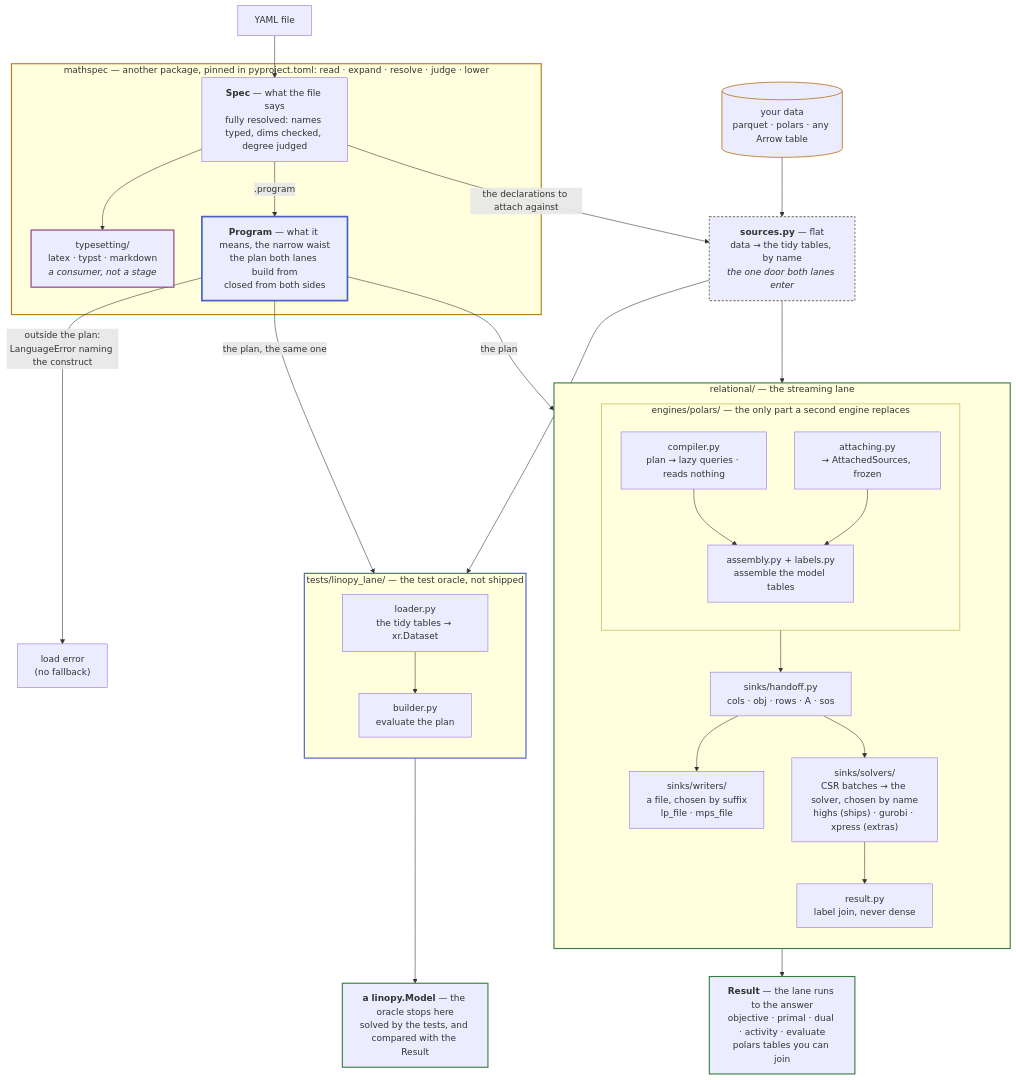
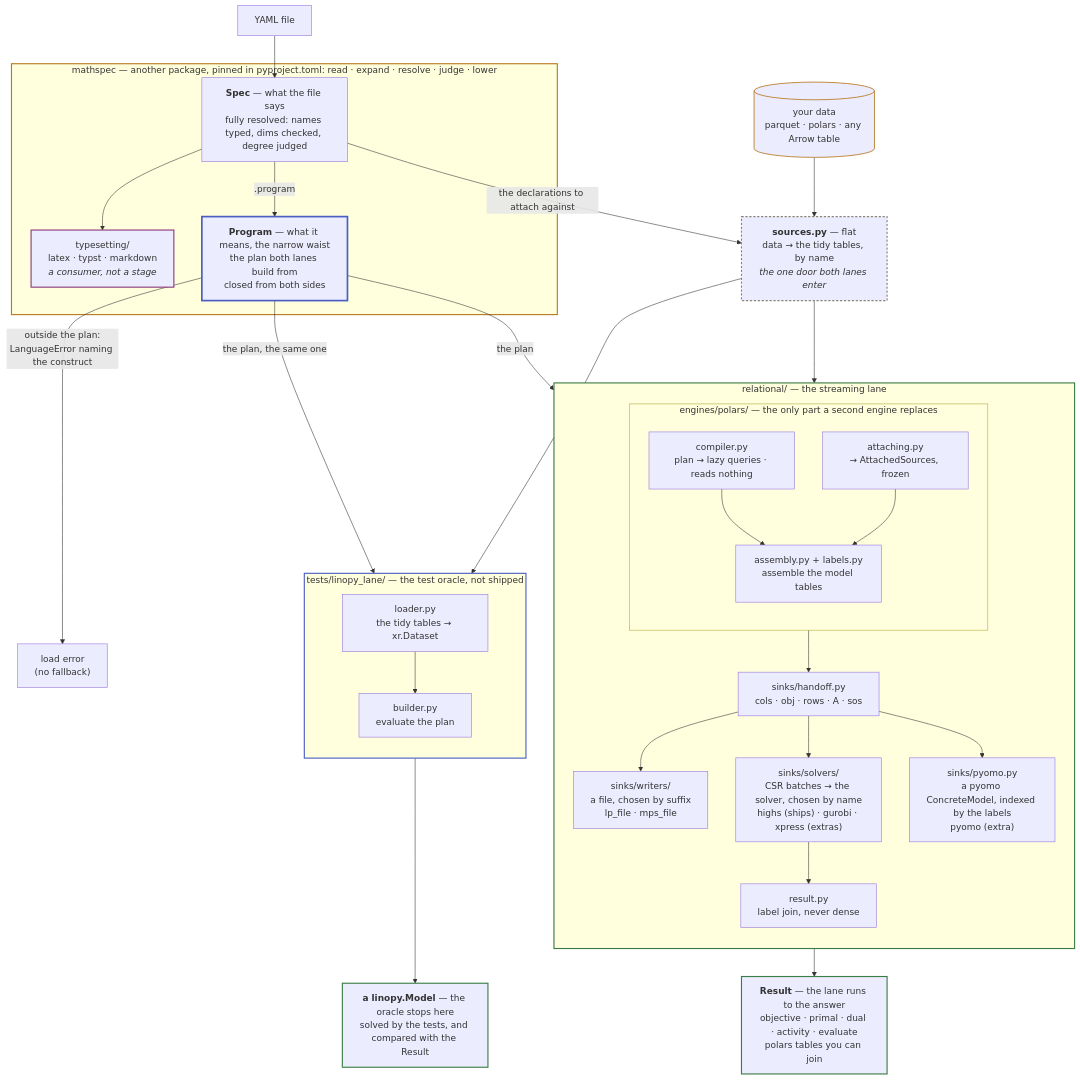
One commit to fluxopt/specsolve changed the first of 2 diagrams in docs/about/architecture.md. Above: the diagram before and after it, drawn with Mermaid. The commit also changed other lines of this file and 12 other files, not shown here.

First line of the commit message:
feat(api): a built model can be handed to pyomo as a ConcreteModel indexed by its labels

````diff
--- a/docs/about/architecture.md
+++ b/docs/about/architecture.md
@@ -60,59 +60,60 @@
 ```mermaid
 flowchart TB
     Y[YAML file] --> SPEC
     DATA[("your data<br/>parquet · polars · any Arrow table")] --> SRC
 
     subgraph MS["mathspec — another package, pinned in pyproject.toml: read · expand · resolve · judge · lower"]
         SPEC["<b>Spec</b> — what the file says<br/>fully resolved: names typed, dims checked, degree judged"]
         SPEC --> TS["typesetting/<br/>latex · typst · markdown<br/><i>a consumer, not a stage</i>"]
         SPEC -->|".program"| PLAN["<b>Program</b> — what it means, the narrow waist<br/>the plan both lanes build from<br/>closed from both sides"]
     end
 
     SPEC -->|"the declarations to attach against"| SRC
     SRC["<b>sources.py</b> — flat<br/>data → the tidy tables, by name<br/><i>the one door both lanes enter</i>"]
 
     PLAN -->|"outside the plan:<br/>LanguageError naming the construct"| ERR["load error<br/>(no fallback)"]
     PLAN -->|"the plan"| COMP
     SRC --> ATTACH
     PLAN -->|"the plan, the same one"| BUILD
     SRC --> LOAD
 
     subgraph REL["relational/ — the streaming lane"]
         direction TB
         subgraph ENG["engines/polars/ — the only part a second engine replaces"]
             direction TB
             COMP["compiler.py<br/>plan → lazy queries · reads nothing"] --> ENGINE
             ATTACH["attaching.py<br/>→ AttachedSources, frozen"] --> ENGINE["assembly.py + labels.py<br/>assemble the model tables"]
         end
         ENG --> TABLES["sinks/handoff.py<br/>cols · obj · rows · A · sos"]
         TABLES --> LPS["sinks/writers/<br/>a file, chosen by suffix<br/>lp_file · mps_file"]
         TABLES --> DIRECT["sinks/solvers/<br/>CSR batches → the solver, chosen by name<br/>highs (ships) · gurobi · xpress (extras)"]
+        TABLES --> PYO["sinks/pyomo.py<br/>a pyomo ConcreteModel, indexed by the labels<br/>pyomo (extra)"]
         DIRECT --> SOL["result.py<br/>label join, never dense"]
     end
 
     SOL --> ANS["<b>Result</b> — the lane runs to the answer<br/>objective · primal · dual · activity · evaluate<br/>polars tables you can join"]
 
     subgraph LIN["tests/linopy_lane/ — the test oracle, not shipped"]
         direction TB
         LOAD["loader.py<br/>the tidy tables → xr.Dataset"] --> BUILD["builder.py<br/>evaluate the plan"]
     end
 
     BUILD --> MODEL["<b>a linopy.Model</b> — the oracle stops here<br/>solved by the tests, and compared with the Result"]
 
     classDef laneL stroke:#b7791f,stroke-width:2px
     classDef laneR stroke:#3a7d44,stroke-width:2px
     classDef laneE stroke:#4a5fc1,stroke-width:2px
     classDef laneT stroke:#8b3a7d,stroke-width:2px
     classDef waist stroke:#4a5fc1,stroke-width:3px
     classDef flat stroke:#8a8578,stroke-width:2px,stroke-dasharray:4 3
     classDef data stroke:#b7791f,stroke-width:1.5px
     classDef out stroke:#3a7d44,stroke-width:2px
     class MS laneL
     class REL laneR
     class LIN laneE
     class TS laneT
     class PLAN waist
     class SRC flat
     class DATA data
     class ANS,MODEL out
 ```
````
